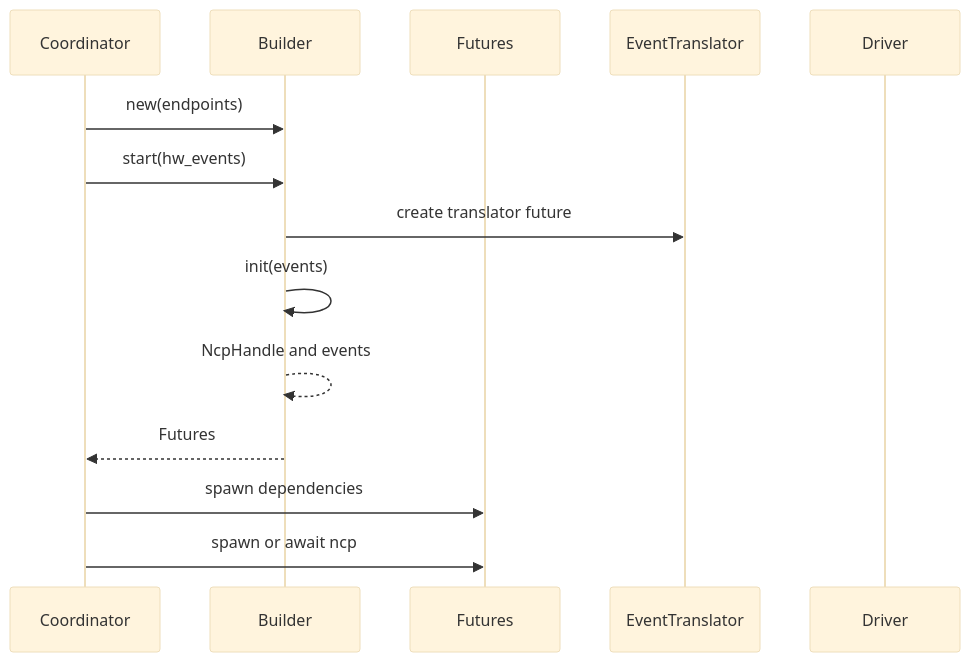
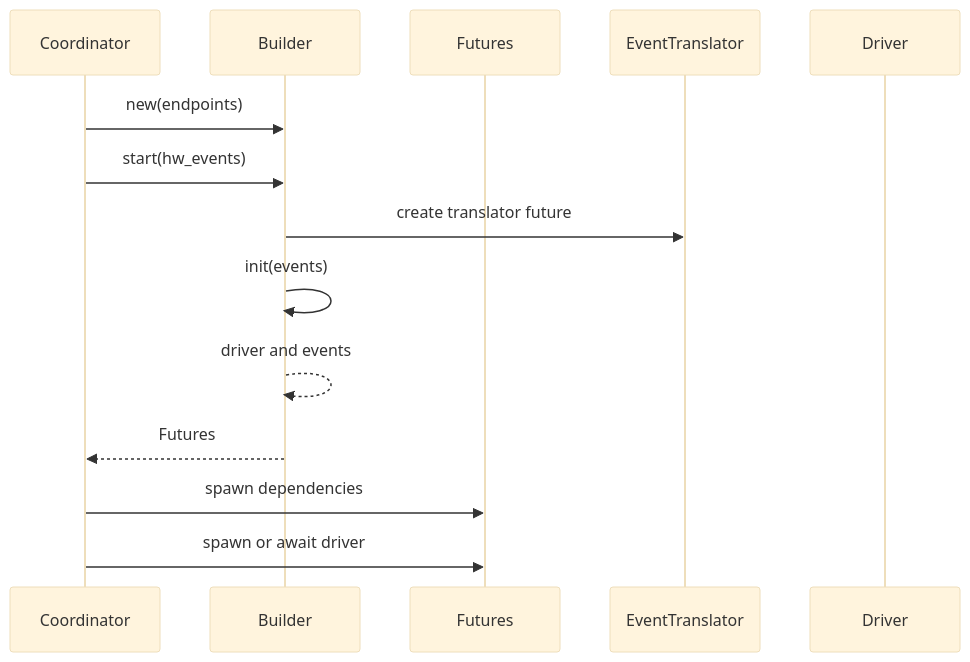
One commit to PaulmannLighting/apis-saltans changed the second of 4 diagrams in hw/ARCHITECTURE.md. Above: the diagram before and after it, drawn with Mermaid (base theme). The commit also changed other lines of this file and 3 other files, not shown here.

````diff
--- a/hw/ARCHITECTURE.md
+++ b/hw/ARCHITECTURE.md
@@ -164,17 +164,17 @@
 ```mermaid
 sequenceDiagram
     participant C as Coordinator;
     participant B as Builder;
     participant F as Futures;
     participant T as EventTranslator;
     participant D as Driver;
 
     C->>B: new(endpoints);
     C->>B: start(hw_events);
     B->>T: create translator future;
     B->>B: init(events);
-    B-->>B: NcpHandle and events;
+    B-->>B: driver and events;
     B-->>C: Futures;
     C->>F: spawn dependencies;
-    C->>F: spawn or await ncp;
+    C->>F: spawn or await driver;
 ```
````
